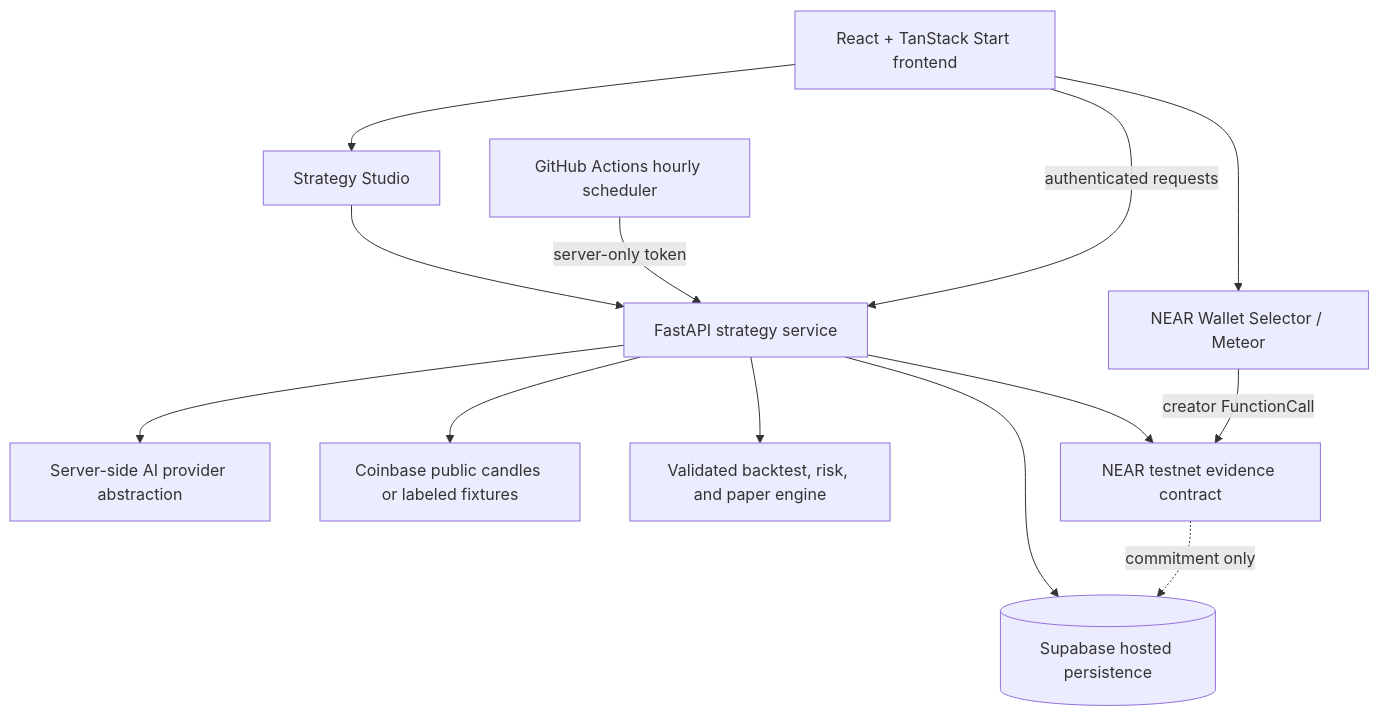
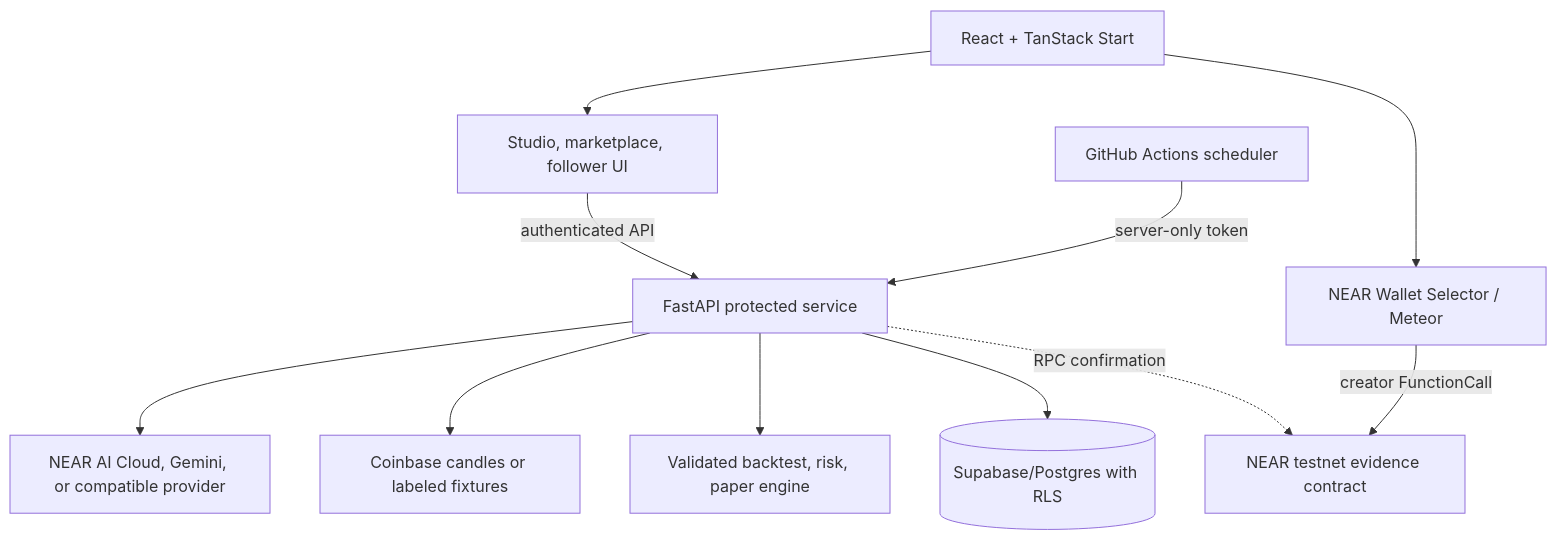
Before and after one commit to Kunmiesther/quorumark: the second of 2 diagrams in README.md, drawn with Mermaid. The commit also changed other lines of this file, not shown here.

````diff
--- a/README.md
+++ b/README.md
@@ -81,25 +111,23 @@
 ```mermaid
 flowchart TB
-  Browser[React + TanStack Start frontend]
-  Studio[Strategy Studio]
+  Browser[React + TanStack Start]
+  UI[Studio, marketplace, follower UI]
   Wallet[NEAR Wallet Selector / Meteor]
-  API[FastAPI strategy service]
-  AI[Server-side AI provider abstraction]
-  Data[Coinbase public candles or labeled fixtures]
-  Engine[Validated backtest, risk, and paper engine]
-  DB[(Supabase hosted persistence)]
+  API[FastAPI protected service]
+  AI[NEAR AI Cloud, Gemini, or compatible provider]
+  Data[Coinbase candles or labeled fixtures]
+  Engine[Validated backtest, risk, paper engine]
+  DB[(Supabase/Postgres with RLS)]
+  Scheduler[GitHub Actions scheduler]
   Contract[NEAR testnet evidence contract]
-  Scheduler[GitHub Actions hourly scheduler]
-  Browser --> Studio
-  Browser -->|authenticated requests| API
-  Studio --> API
+  Browser --> UI
+  UI -->|authenticated API| API
   Browser --> Wallet
   Wallet -->|creator FunctionCall| Contract
   API --> AI
   API --> Data
   API --> Engine
   API --> DB
   Scheduler -->|server-only token| API
-  API --> Contract
-  Contract -.->|commitment only| DB
+  API -.->|RPC confirmation| Contract
 ```
````
